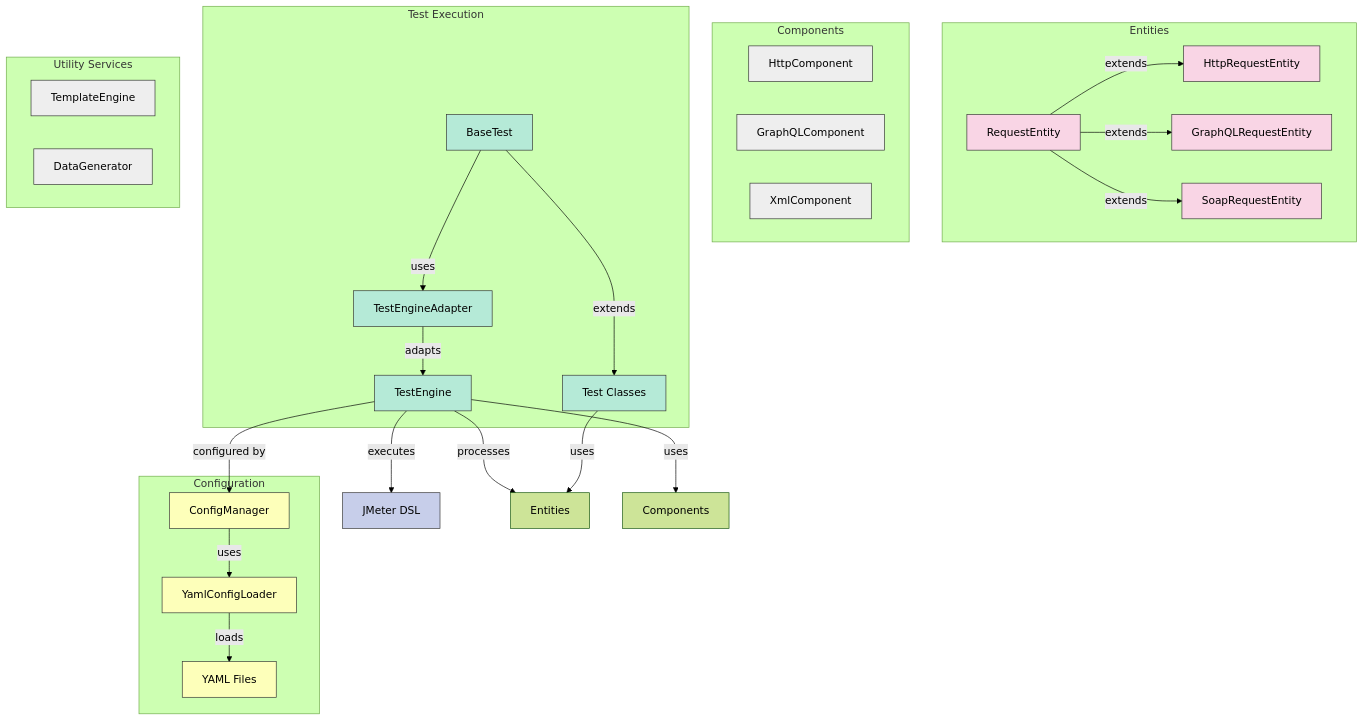
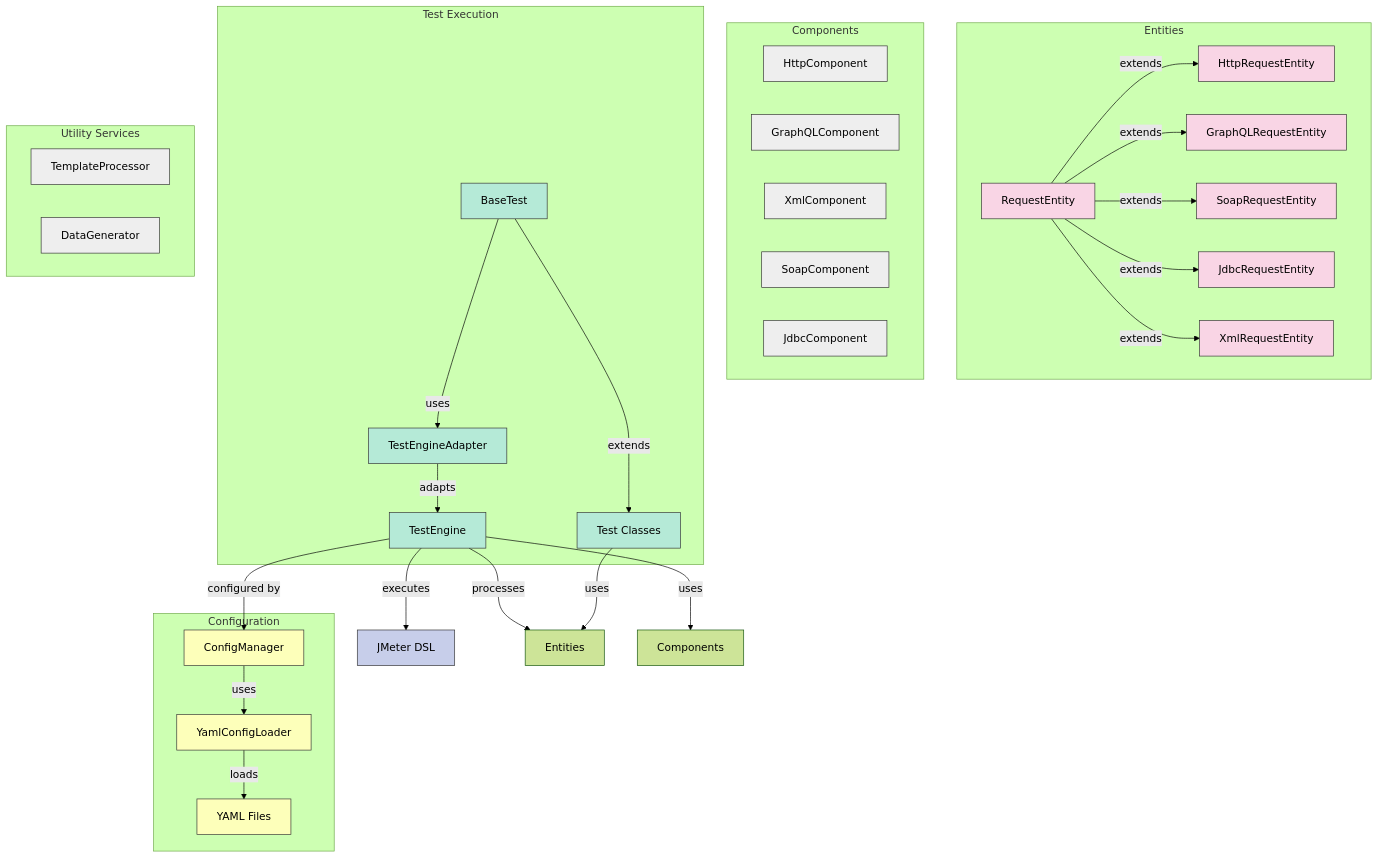
Before and after one commit to TestAutomationMultiverse/PerformanceAutomationFramework: the first of 2 diagrams in README.md, drawn with Mermaid (forest theme). The commit also changed other lines of this file and 254 other files, not shown here.

````diff
--- a/README.md
+++ b/README.md
@@ -277,57 +95,61 @@
 ```mermaid
 graph TD
     classDef entity fill:#f9d5e5,stroke:#333,stroke-width:1px
     classDef component fill:#eeeeee,stroke:#333,stroke-width:1px
     classDef system fill:#b5ead7,stroke:#333,stroke-width:1px
     classDef external fill:#c7ceea,stroke:#333,stroke-width:1px
     classDef config fill:#fdffba,stroke:#333,stroke-width:1px
 
     A[TestEngine] -->|executes| B[JMeter DSL]
     A -->|processes| C[Entities]
     A -->|uses| D[Components]
     
     subgraph Entities[Entities]
         C1[RequestEntity] -->|extends| C2[HttpRequestEntity]
         C1 -->|extends| C3[GraphQLRequestEntity]
         C1 -->|extends| C4[SoapRequestEntity]
+        C1 -->|extends| C5[JdbcRequestEntity]
+        C1 -->|extends| C6[XmlRequestEntity]
     end
     
     subgraph Components[Components]
         D1[HttpComponent]
         D2[GraphQLComponent]
         D3[XmlComponent]
+        D4[SoapComponent]
+        D5[JdbcComponent]
     end
     
     subgraph ConfigSystem[Configuration]
         E1[ConfigManager]
         E2[YamlConfigLoader]
         E3[YAML Files]
         E2 -->|loads| E3
         E1 -->|uses| E2
     end
     
     subgraph TestExecution[Test Execution]
         F1[TestEngineAdapter]
         F2[BaseTest]
         F3[Test Classes]
         F2 -->|extends| F3
         F1 -->|adapts| A
         F2 -->|uses| F1
     end
     
     subgraph UtilityServices[Utility Services]
-        G1[TemplateEngine]
+        G1[TemplateProcessor]
         G2[DataGenerator]
     end
     
     A -->|configured by| E1
     F3 -->|uses| C
     
     class A system
     class B external
-    class C1,C2,C3,C4 entity
-    class D1,D2,D3 component
+    class C1,C2,C3,C4,C5,C6 entity
+    class D1,D2,D3,D4,D5 component
     class E1,E2,E3 config
     class F1,F2,F3 system
     class G1,G2 component
 ```
````
